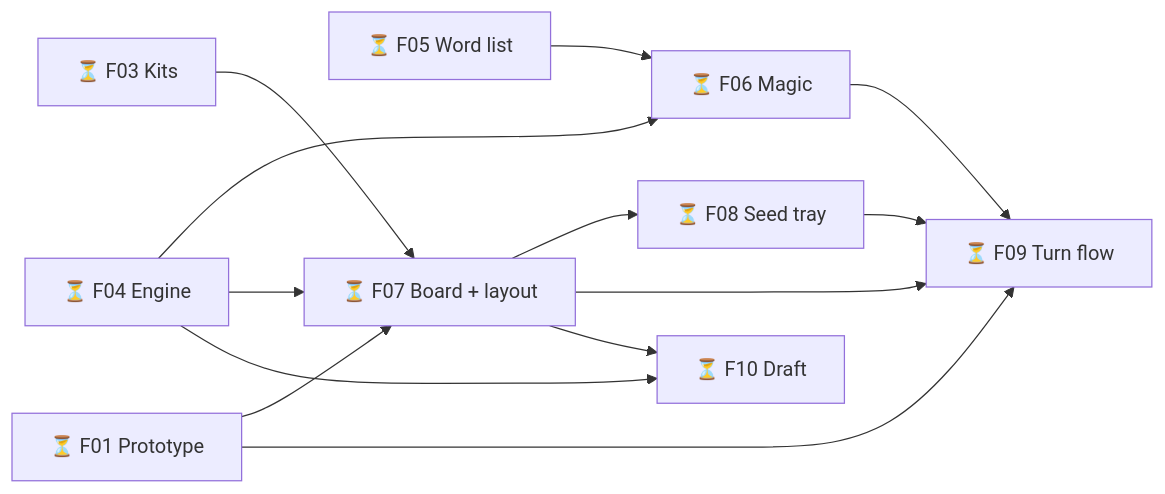
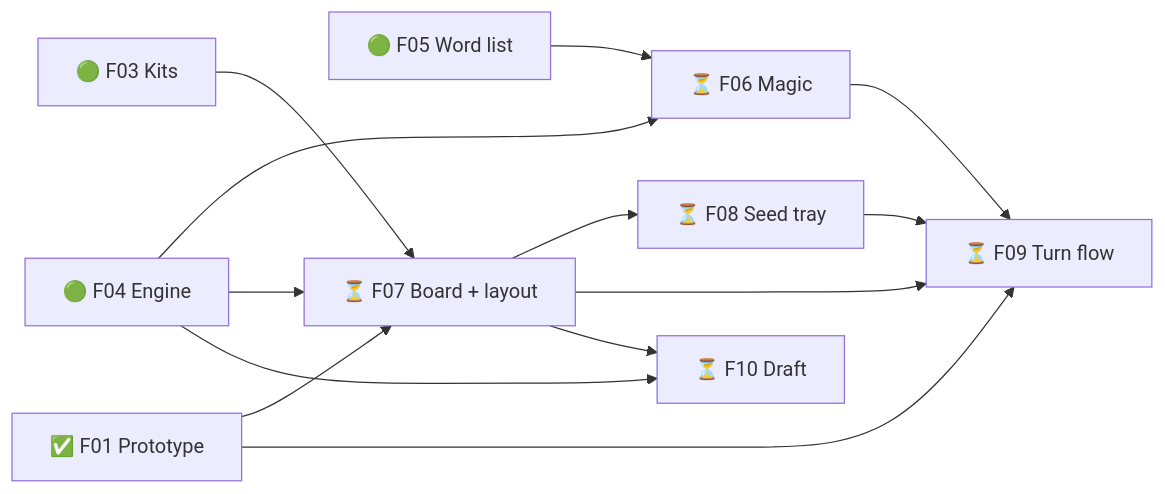
Before and after one commit to TheBlueMuzzy/Glyphtender: the second of 4 diagrams in .planning/ROADMAP.md, drawn with Mermaid. The commit also changed other lines of this file and 4 other files, not shown here.

````diff
--- a/.planning/ROADMAP.md
+++ b/.planning/ROADMAP.md
@@ -30,15 +31,15 @@
 ```mermaid
 flowchart LR
-  F04[⏳ F04 Engine] --> F06[⏳ F06 Magic]
-  F05[⏳ F05 Word list] --> F06
-  F03[⏳ F03 Kits] --> F07[⏳ F07 Board + layout]
+  F04[🟢 F04 Engine] --> F06[⏳ F06 Magic]
+  F05[🟢 F05 Word list] --> F06
+  F03[🟢 F03 Kits] --> F07[⏳ F07 Board + layout]
   F04 --> F07
-  F01[⏳ F01 Prototype] --> F07
+  F01[✅ F01 Prototype] --> F07
   F07 --> F08[⏳ F08 Seed tray]
   F06 --> F09[⏳ F09 Turn flow]
   F07 --> F09
   F08 --> F09
   F01 --> F09
   F07 --> F10[⏳ F10 Draft]
   F04 --> F10
 ```
````
